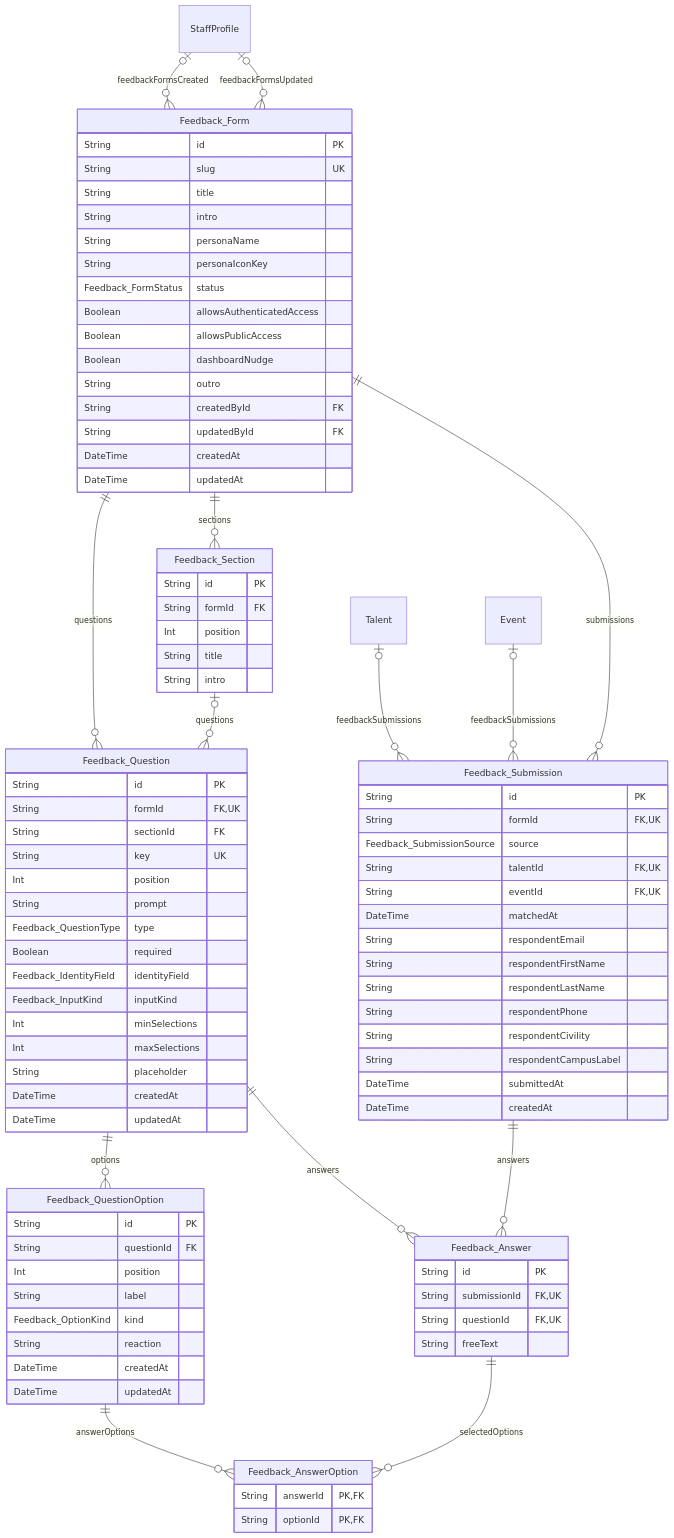
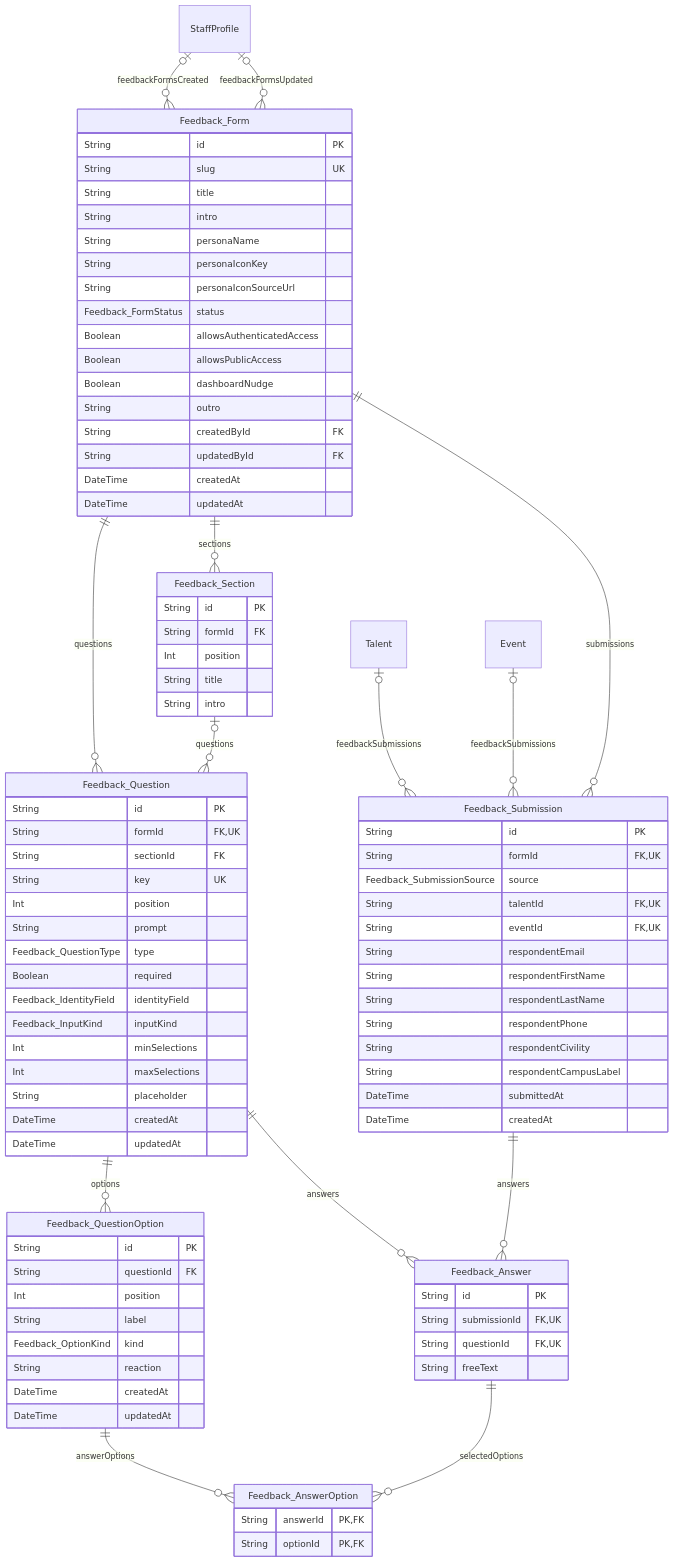
The eighth of 13 diagrams in frontend/docs/database.md (Manta-Epitech-Academy/jump), drawn with Mermaid before and after one commit. The commit also changed other lines of this file, not shown here.

First line of the commit message:
docs(db): regenerate the schema map

```diff
--- a/frontend/docs/database.md
+++ b/frontend/docs/database.md
@@ -727,6 +735,7 @@
     String intro
     String personaName
     String personaIconKey
+    String personaIconSourceUrl
     Feedback_FormStatus status
     Boolean allowsAuthenticatedAccess
     Boolean allowsPublicAccess
@@ -777,7 +786,6 @@
     Feedback_SubmissionSource source
     String talentId FK,UK
     String eventId FK,UK
-    DateTime matchedAt
     String respondentEmail
     String respondentFirstName
     String respondentLastName
```
